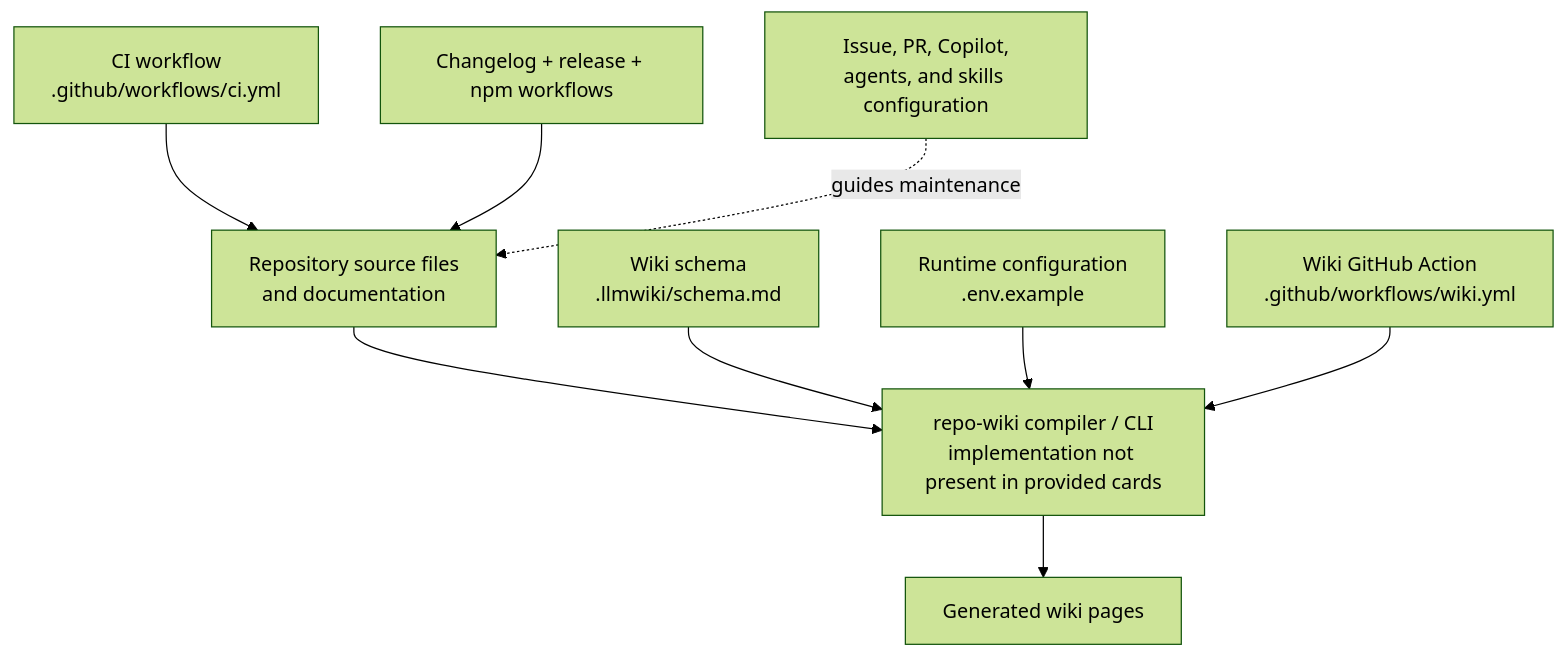
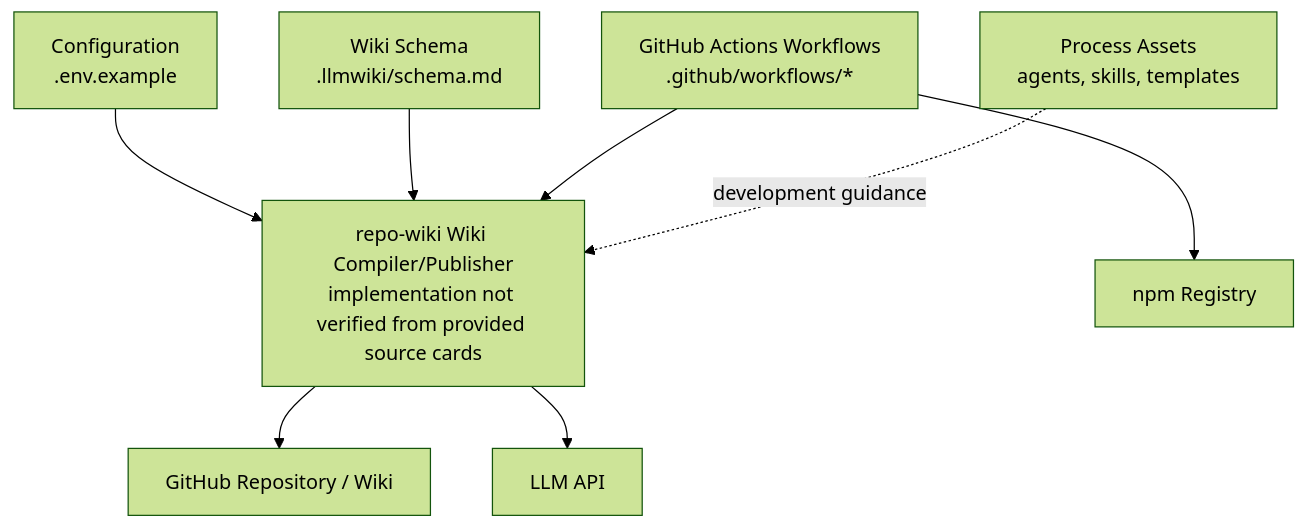
The second of 4 diagrams in Architecture.md (mfittko/repo-wiki), drawn with Mermaid (forest theme) before and after one commit. The commit also changed other lines of this file and 46 other files, not shown here.

Commit message:
Compile repository wiki 2026-06-13T09:19:47.014Z

````diff
--- a/Architecture.md
+++ b/Architecture.md
@@ -163,21 +117,19 @@
 ```mermaid
-flowchart TB
-    Sources["Repository source files\nand documentation"]
-    Schema["Wiki schema\n.llmwiki/schema.md"]
-    Config["Runtime configuration\n.env.example"]
-    Compiler["repo-wiki compiler / CLI\nimplementation not present in provided cards"]
-    WikiOutput["Generated wiki pages"]
-    WikiWorkflow["Wiki GitHub Action\n.github/workflows/wiki.yml"]
-    CI["CI workflow\n.github/workflows/ci.yml"]
-    Release["Changelog + release + npm workflows"]
-    Collab["Issue, PR, Copilot,\nagents, and skills configuration"]
+flowchart TD
+  Config["Configuration\n.env.example"]
+  Workflows["GitHub Actions Workflows\n.github/workflows/*"]
+  WikiSchema["Wiki Schema\n.llmwiki/schema.md"]
+  ProcessDocs["Process Assets\nagents, skills, templates"]
+  WikiSystem["repo-wiki Wiki Compiler/Publisher\nimplementation not verified from provided source cards"]
+  ExternalGitHub["GitHub Repository / Wiki"]
+  ExternalLLM["LLM API"]
+  ExternalNPM["npm Registry"]
 
-    Sources --> Compiler
-    Schema --> Compiler
-    Config --> Compiler
-    Compiler --> WikiOutput
-    WikiWorkflow --> Compiler
-    CI --> Sources
-    Release --> Sources
-    Collab -.guides maintenance.-> Sources
+  Config --> WikiSystem
+  WikiSchema --> WikiSystem
+  Workflows --> WikiSystem
+  ProcessDocs -. "development guidance" .-> WikiSystem
+  WikiSystem --> ExternalGitHub
+  WikiSystem --> ExternalLLM
+  Workflows --> ExternalNPM
 ```
````
